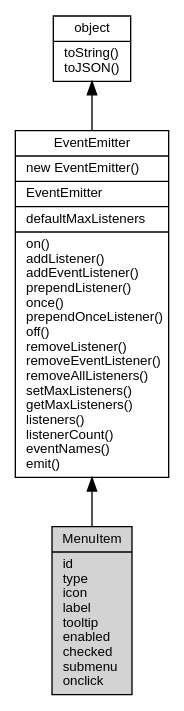
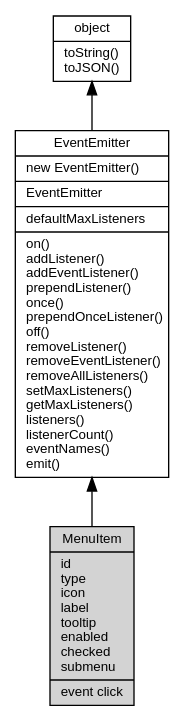
The diagram in docs/manual/object/ifs/MenuItem.md (fibjs/fibjs.org), drawn with Graphviz before and after one commit. The commit also changed other lines of this file and 63 other files, not shown here.

````diff
--- a/docs/manual/object/ifs/MenuItem.md
+++ b/docs/manual/object/ifs/MenuItem.md
@@ -5,12 +5,12 @@
 ```dot
 digraph {
     node [fontname="Helvetica,sans-Serif", fontsize=10, shape="record", style="filled", fillcolor="white"];
 
     object [tooltip="object", URL="object.md", label="{object|toString()\ltoJSON()\l}"];
     EventEmitter [tooltip="EventEmitter", URL="EventEmitter.md", label="{EventEmitter|new EventEmitter()\l|EventEmitter\l|defaultMaxListeners\l|on()\laddListener()\laddEventListener()\lprependListener()\lonce()\lprependOnceListener()\loff()\lremoveListener()\lremoveEventListener()\lremoveAllListeners()\lsetMaxListeners()\lgetMaxListeners()\llisteners()\llistenerCount()\leventNames()\lemit()\l}"];
-    MenuItem [tooltip="MenuItem", fillcolor="lightgray", id="me", label="{MenuItem|id\ltype\licon\llabel\ltooltip\lenabled\lchecked\lsubmenu\lonclick\l}"];
+    MenuItem [tooltip="MenuItem", fillcolor="lightgray", id="me", label="{MenuItem|id\ltype\licon\llabel\ltooltip\lenabled\lchecked\lsubmenu\l|event click\l}"];
 
     object -> EventEmitter [dir=back];
     EventEmitter -> MenuItem [dir=back];
 }
 ```
````
